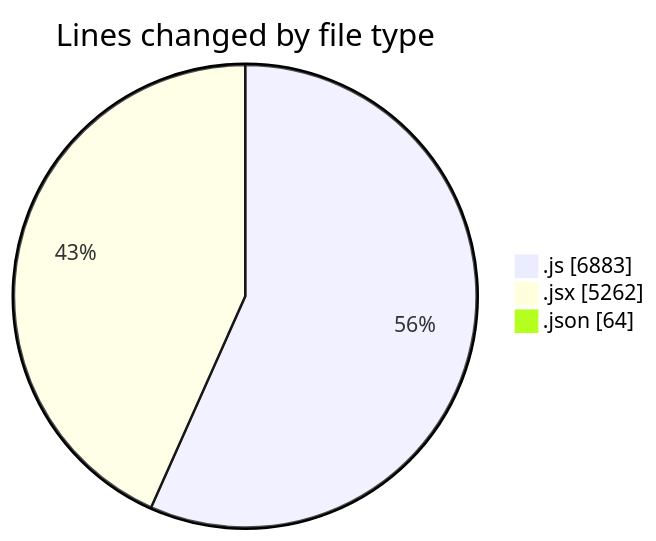
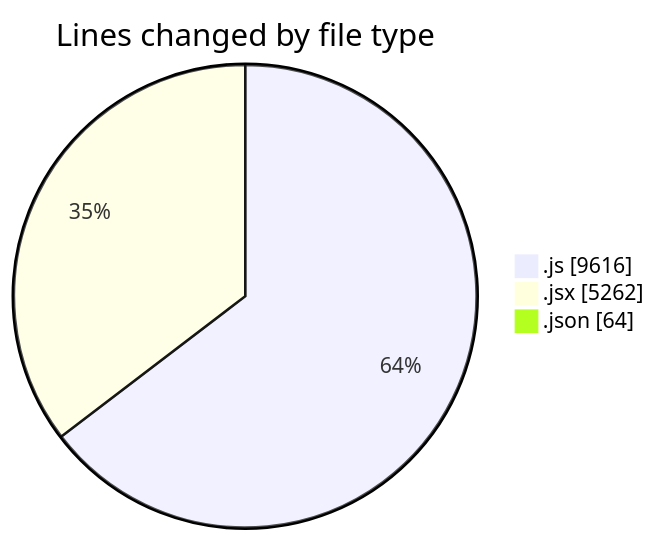
One commit to nxtqubesakshisongat/code-tracking changed the first of 2 diagrams in 2025-08-07/nxtqube_webapp/README.md. Above: the diagram before and after it, drawn with Mermaid. The commit also changed other lines of this file and 1 other file, not shown here.

````diff
--- a/2025-08-07/nxtqube_webapp/README.md
+++ b/2025-08-07/nxtqube_webapp/README.md
@@ -25,7 +25,7 @@
 ```mermaid
 pie showData
 title Lines changed by file type
-".js" : 6883
+".js" : 9616
 ".jsx" : 5262
 ".json" : 64
 ```
````
